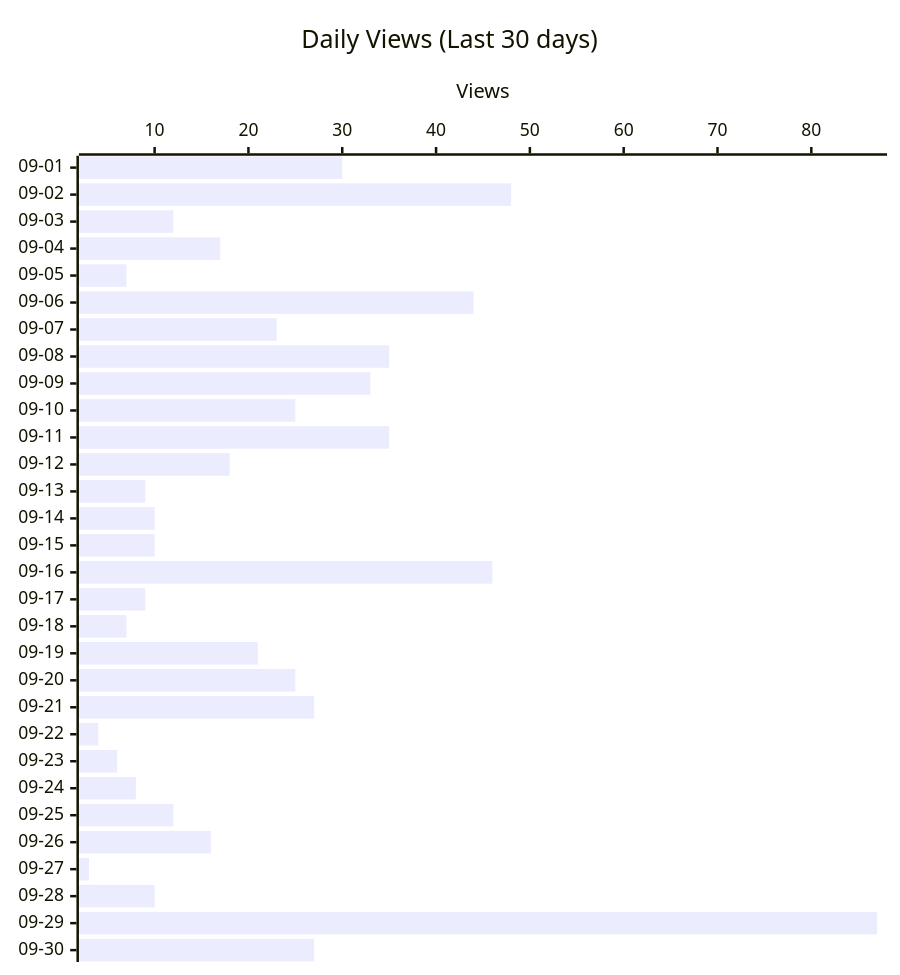
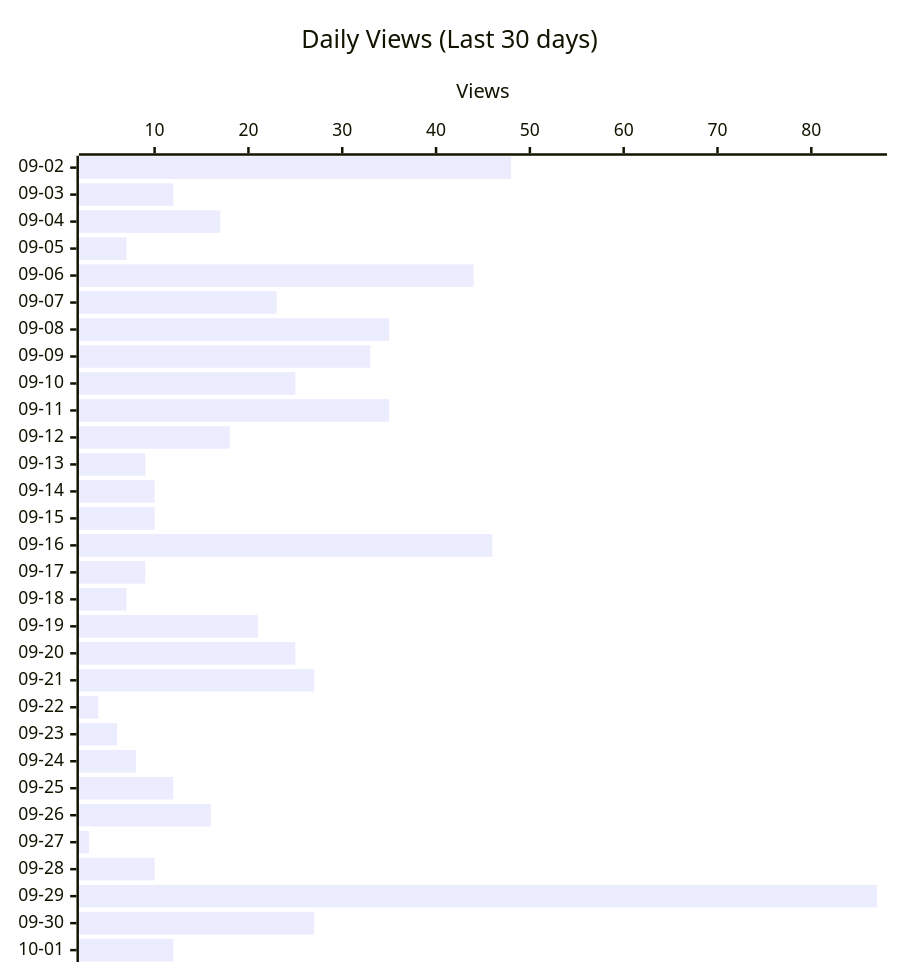
Before and after one commit to shigechika/github-insights: the second of 4 diagrams in README.md, drawn with Mermaid. The commit also changed other lines of this file and 2 other files, not shown here.

````diff
--- a/README.md
+++ b/README.md
@@ -28,12 +28,12 @@
 ```mermaid
 ---
 config:
   xyChart:
     height: 760
 ---
 xychart-beta horizontal
     title "Daily Views (Last 30 days)"
-    x-axis ["09-01", "09-02", "09-03", "09-04", "09-05", "09-06", "09-07", "09-08", "09-09", "09-10", "09-11", "09-12", "09-13", "09-14", "09-15", "09-16", "09-17", "09-18", "09-19", "09-20", "09-21", "09-22", "09-23", "09-24", "09-25", "09-26", "09-27", "09-28", "09-29", "09-30"]
+    x-axis ["09-02", "09-03", "09-04", "09-05", "09-06", "09-07", "09-08", "09-09", "09-10", "09-11", "09-12", "09-13", "09-14", "09-15", "09-16", "09-17", "09-18", "09-19", "09-20", "09-21", "09-22", "09-23", "09-24", "09-25", "09-26", "09-27", "09-28", "09-29", "09-30", "10-01"]
     y-axis "Views"
-    bar [30, 48, 12, 17, 7, 44, 23, 35, 33, 25, 35, 18, 9, 10, 10, 46, 9, 7, 21, 25, 27, 4, 6, 8, 12, 16, 3, 10, 87, 27]
+    bar [48, 12, 17, 7, 44, 23, 35, 33, 25, 35, 18, 9, 10, 10, 46, 9, 7, 21, 25, 27, 4, 6, 8, 12, 16, 3, 10, 87, 27, 12]
 ```
````
